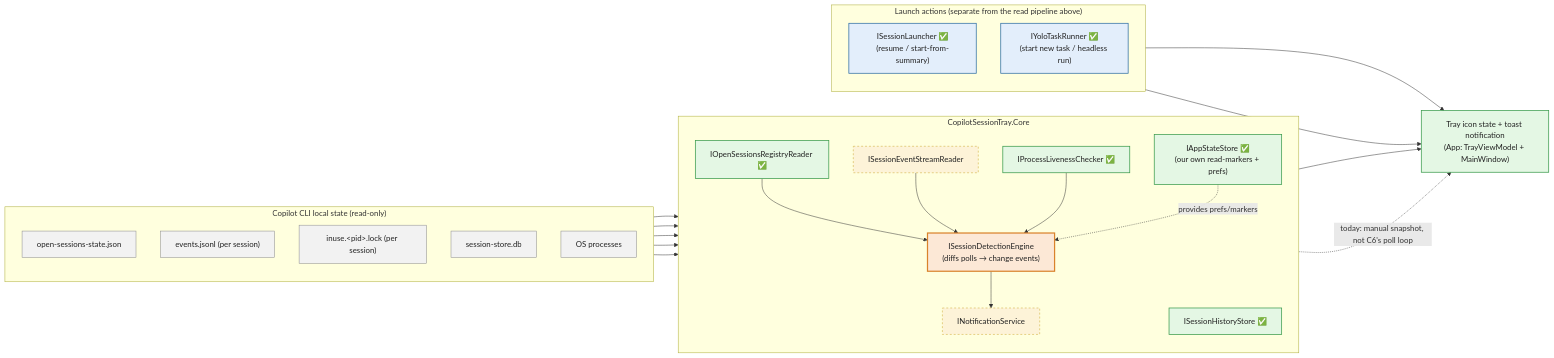
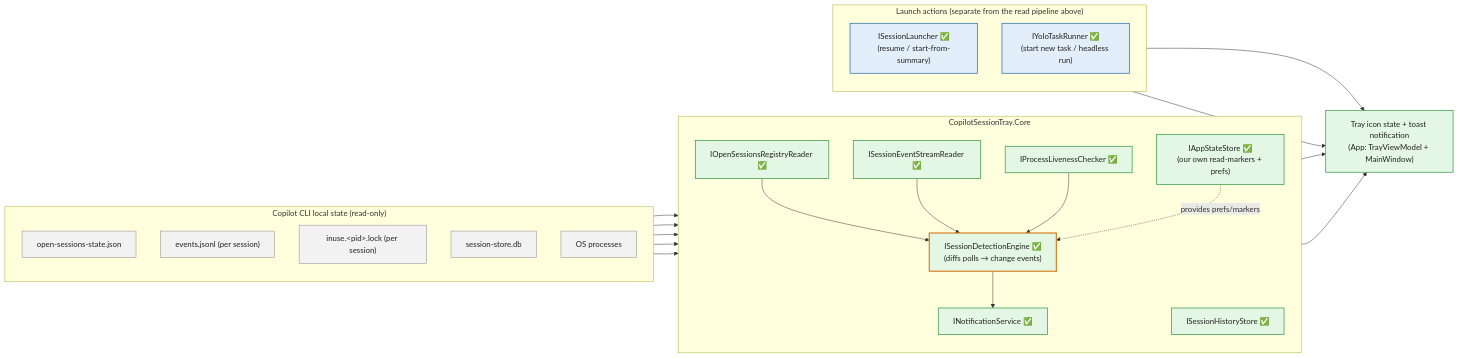
The second of 2 diagrams in ARCHITECTURE.md (hyw007726/CopilotSessionTray), drawn with Mermaid before and after one commit. The commit also changed other lines of this file and 14 other files, not shown here.

````diff
--- a/ARCHITECTURE.md
+++ b/ARCHITECTURE.md
@@ -37,60 +37,58 @@
 ```mermaid
 flowchart LR
     subgraph SRC["Copilot CLI local state (read-only)"]
         direction TB
         S1["open-sessions-state.json"]
         S2["events.jsonl (per session)"]
         S3["inuse.&lt;pid&gt;.lock (per session)"]
         S4["session-store.db"]
         S5["OS processes"]
     end
 
     subgraph CORE["CopilotSessionTray.Core"]
         direction TB
         C1["IOpenSessionsRegistryReader ✅"]
-        C2["ISessionEventStreamReader"]
+        C2["ISessionEventStreamReader ✅"]
         C3["ISessionHistoryStore ✅"]
         C4["IProcessLivenessChecker ✅"]
         C5["IAppStateStore ✅<br/>(our own read-markers + prefs)"]
-        C6["ISessionDetectionEngine<br/>(diffs polls → change events)"]
-        C7["INotificationService"]
+        C6["ISessionDetectionEngine ✅<br/>(diffs polls → change events)"]
+        C7["INotificationService ✅"]
     end
 
     subgraph LAUNCH["Launch actions (separate from the read pipeline above)"]
         direction TB
         L1["ISessionLauncher ✅<br/>(resume / start-from-summary)"]
         L2["IYoloTaskRunner ✅<br/>(start new task / headless run)"]
     end
 
     OUT["Tray icon state + toast notification<br/>(App: TrayViewModel + MainWindow)"]
 
     S1 --> C1
     S2 --> C2
     S4 --> C3
     S3 --> C4
     S5 --> C4
 
     C1 --> C6
     C2 --> C6
     C4 --> C6
     C5 -.provides prefs/markers.-> C6
     C6 --> C7
+    C6 --> OUT
     C7 --> OUT
-    C1 -.today: manual snapshot, not C6's poll loop.-> OUT
     L1 --> OUT
     L2 --> OUT
 
     classDef src fill:#F2F2F2,stroke:#888888,color:#222222
     classDef done fill:#E4F7E4,stroke:#3A9B4C,stroke-width:1.5px,color:#222222
-    classDef iface fill:#FDF3D8,stroke:#C9A227,stroke-width:1px,stroke-dasharray: 4 4,color:#222222
-    classDef brainNode fill:#FCE8D6,stroke:#D9822B,stroke-width:2.5px,color:#222222
+    classDef brainNode fill:#E4F7E4,stroke:#D9822B,stroke-width:2.5px,color:#222222
     classDef launch fill:#E3EEFB,stroke:#2E6DA4,stroke-width:1.5px,color:#222222
     classDef out fill:#E4F7E4,stroke:#3A9B4C,stroke-width:1.5px,color:#222222
 
     class S1,S2,S3,S4,S5 src
-    class C1,C3,C4,C5 done
-    class C2,C7 iface
+    class C1,C2,C3,C4,C5,C7 done
     class C6 brainNode
     class L1,L2 launch
     class OUT out
 ```
````
